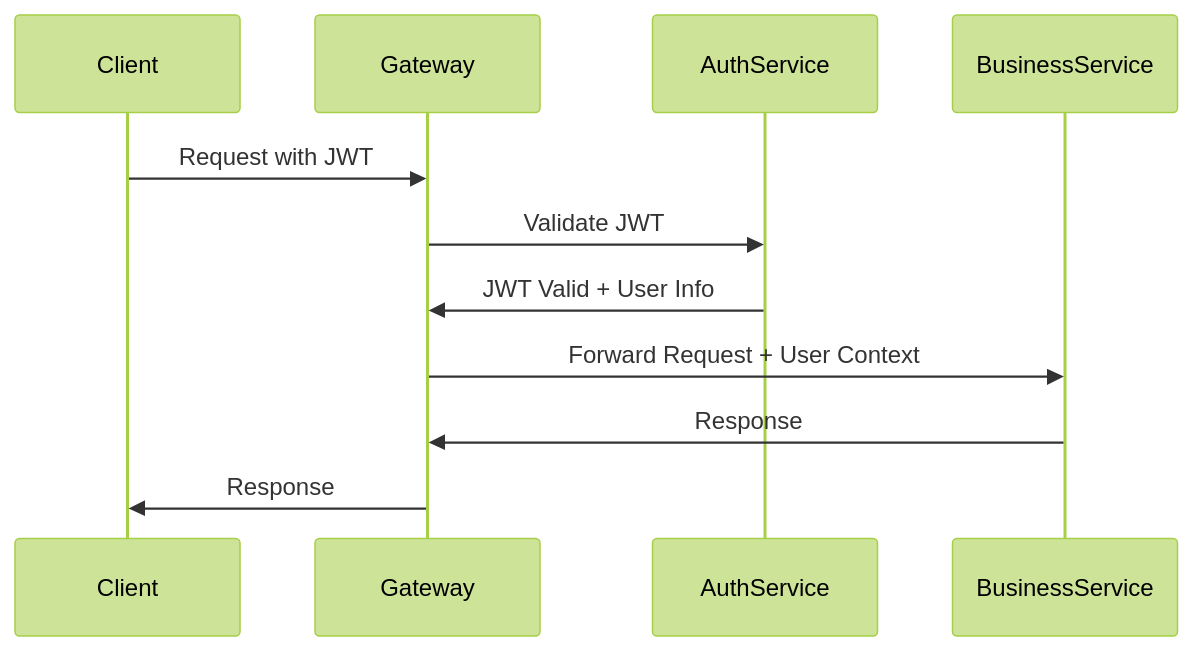
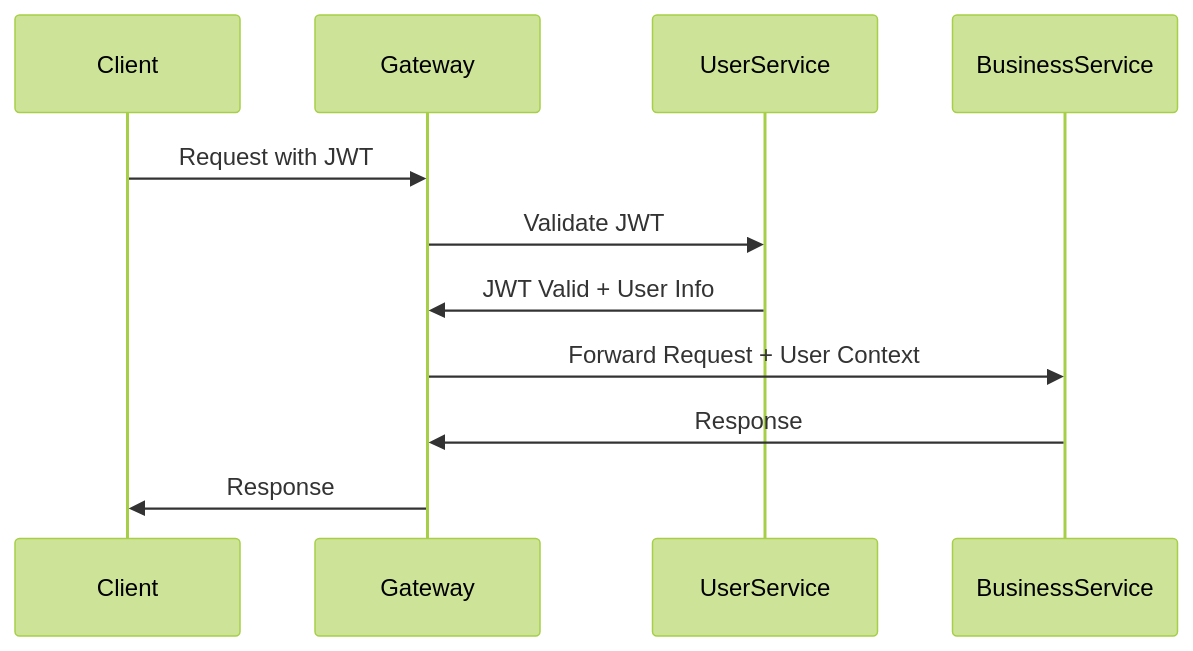
One commit to GripDay/gripday-docs changed the second of 2 diagrams in docs/architecture/system-design.md. Above: the diagram before and after it, drawn with Mermaid (forest theme). The commit also changed other lines of this file and 12 other files, not shown here.

Commit message:
refactor: auth service becomes user service

````diff
--- a/docs/architecture/system-design.md
+++ b/docs/architecture/system-design.md
@@ -357,14 +357,14 @@
 ```mermaid
 sequenceDiagram
     participant Client
     participant Gateway
-    participant AuthService
+    participant UserService
     participant BusinessService
 
     Client->>Gateway: Request with JWT
-    Gateway->>AuthService: Validate JWT
-    AuthService->>Gateway: JWT Valid + User Info
+    Gateway->>UserService: Validate JWT
+    UserService->>Gateway: JWT Valid + User Info
     Gateway->>BusinessService: Forward Request + User Context
     BusinessService->>Gateway: Response
     Gateway->>Client: Response
 ```
````
